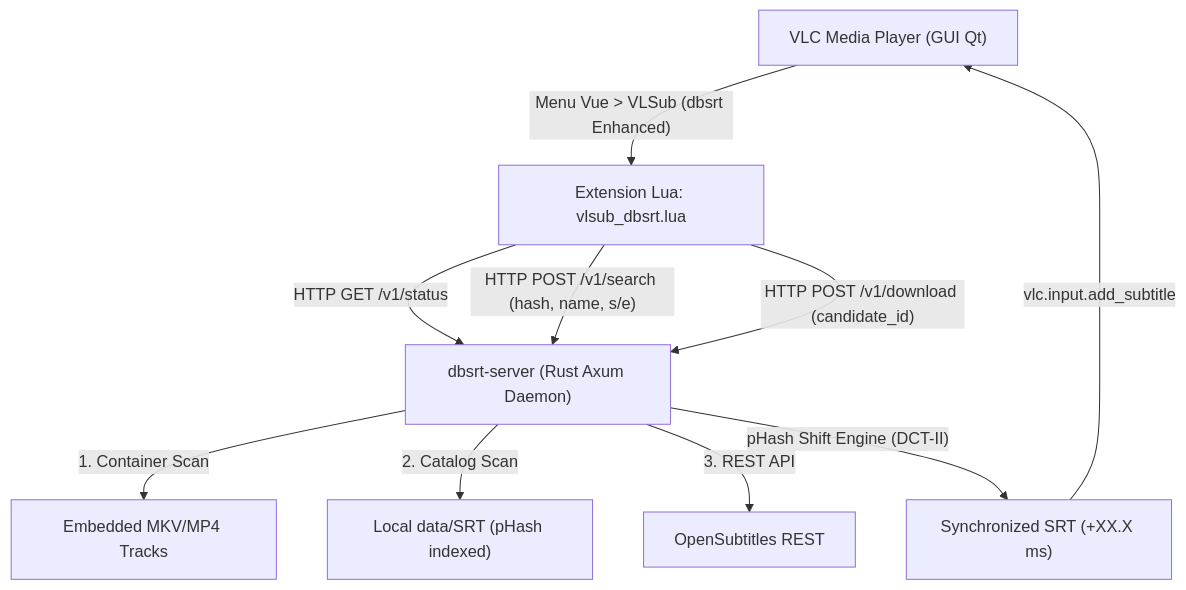
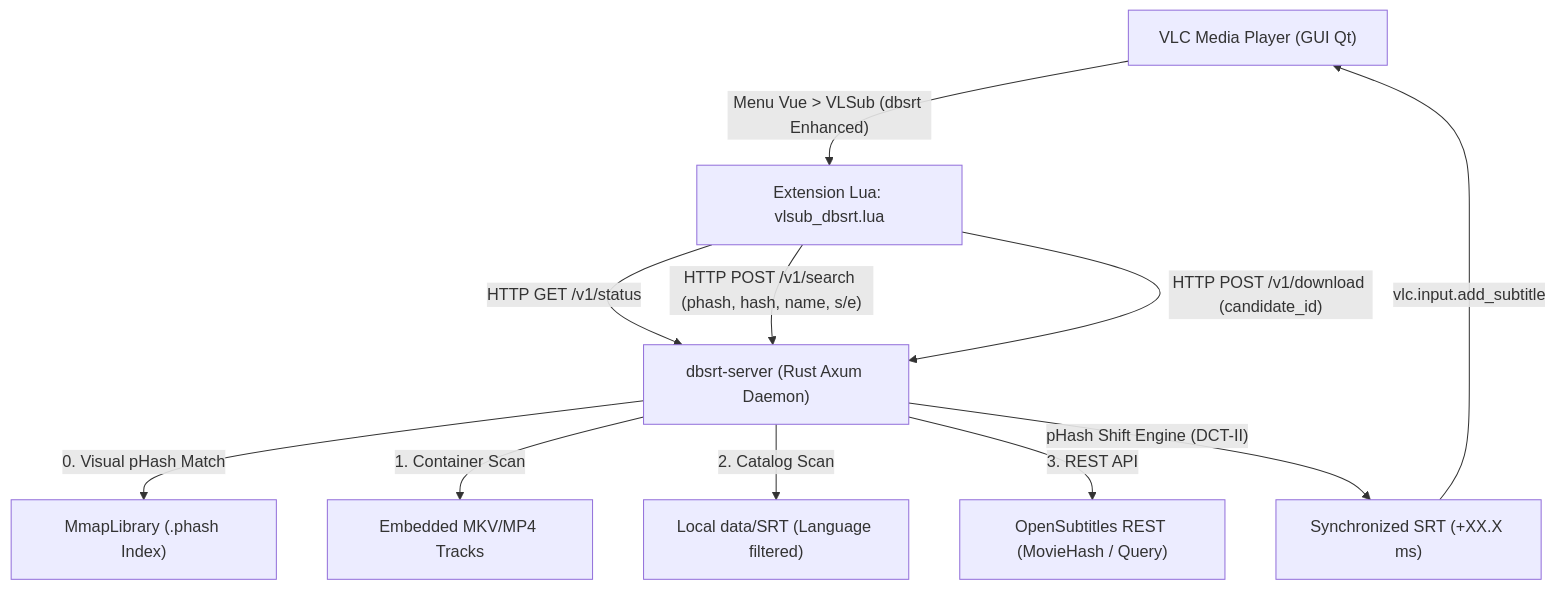
One commit to yoyonel/pydbsrt changed the diagram in docs/2026-10-18-vlsub-fork-and-restoration.md. Above: the diagram before and after it, drawn with Mermaid. The commit also changed other lines of this file and 7 other files, not shown here.

Commit message:
docs(vlc): document E2E Search by pHash mechanics, certified couplings roadmap & 1080p demo

````diff
--- a/docs/2026-10-18-vlsub-fork-and-restoration.md
+++ b/docs/2026-10-18-vlsub-fork-and-restoration.md
@@ -20,12 +20,13 @@
 ```mermaid
 graph TD
     A["VLC Media Player (GUI Qt)"] -->|"Menu Vue > VLSub (dbsrt Enhanced)"| B["Extension Lua: vlsub_dbsrt.lua"]
     B -->|"HTTP GET /v1/status"| C["dbsrt-server (Rust Axum Daemon)"]
-    B -->|"HTTP POST /v1/search (hash, name, s/e)"| C
+    B -->|"HTTP POST /v1/search (phash, hash, name, s/e)"| C
+    C -->|"0. Visual pHash Match"| H["MmapLibrary (.phash Index)"]
     C -->|"1. Container Scan"| D["Embedded MKV/MP4 Tracks"]
-    C -->|"2. Catalog Scan"| E["Local data/SRT (pHash indexed)"]
-    C -->|"3. REST API"| F["OpenSubtitles REST"]
+    C -->|"2. Catalog Scan"| E["Local data/SRT (Language filtered)"]
+    C -->|"3. REST API"| F["OpenSubtitles REST (MovieHash / Query)"]
     B -->|"HTTP POST /v1/download (candidate_id)"| C
     C -->|"pHash Shift Engine (DCT-II)"| G["Synchronized SRT (+XX.X ms)"]
     G -->|"vlc.input.add_subtitle"| A
 ```
````
